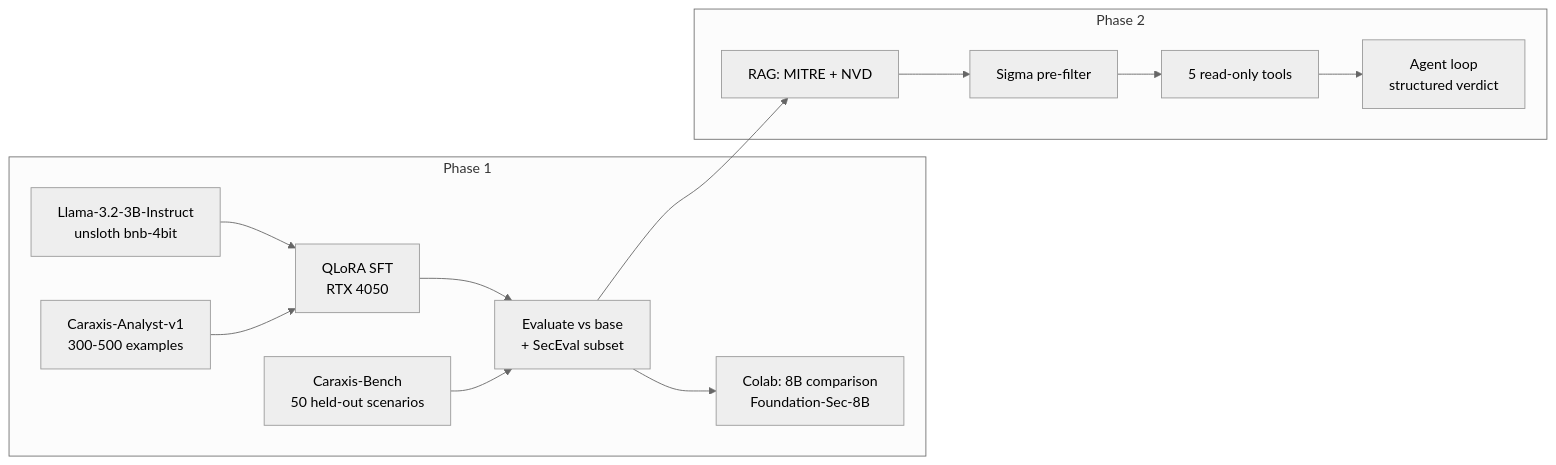
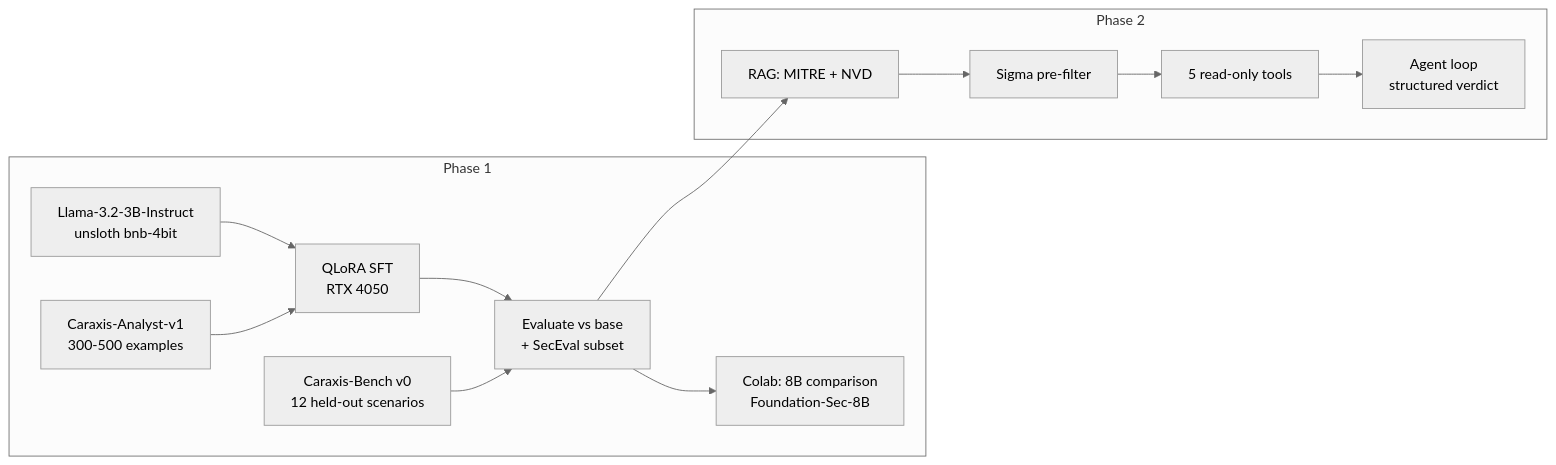
The first of 3 diagrams in CARAXIS_RESEARCH_ROADMAP.md (Anax-Labs/caraxis-research), drawn with Mermaid (neutral theme) before and after one commit. The commit also changed other lines of this file and 1 other file, not shown here.

````diff
--- a/CARAXIS_RESEARCH_ROADMAP.md
+++ b/CARAXIS_RESEARCH_ROADMAP.md
@@ -19,23 +51,23 @@
 ```mermaid
 flowchart LR
     subgraph phase1 [Phase 1]
         M["Llama-3.2-3B-Instruct\nunsloth bnb-4bit"]
         D["Caraxis-Analyst-v1\n300-500 examples"]
-        B["Caraxis-Bench\n50 held-out scenarios"]
+        B["Caraxis-Bench v0\n12 held-out scenarios"]
         M --> FT["QLoRA SFT\nRTX 4050"]
         D --> FT
         FT --> E["Evaluate vs base\n+ SecEval subset"]
         B --> E
         E --> C["Colab: 8B comparison\nFoundation-Sec-8B"]
     end
     subgraph phase2 [Phase 2]
         RAG["RAG: MITRE + NVD"]
         DET["Sigma pre-filter"]
         TOOLS["5 read-only tools"]
         AGENT["Agent loop\nstructured verdict"]
         E --> RAG
         RAG --> DET
         DET --> TOOLS
         TOOLS --> AGENT
     end
 ```
````
